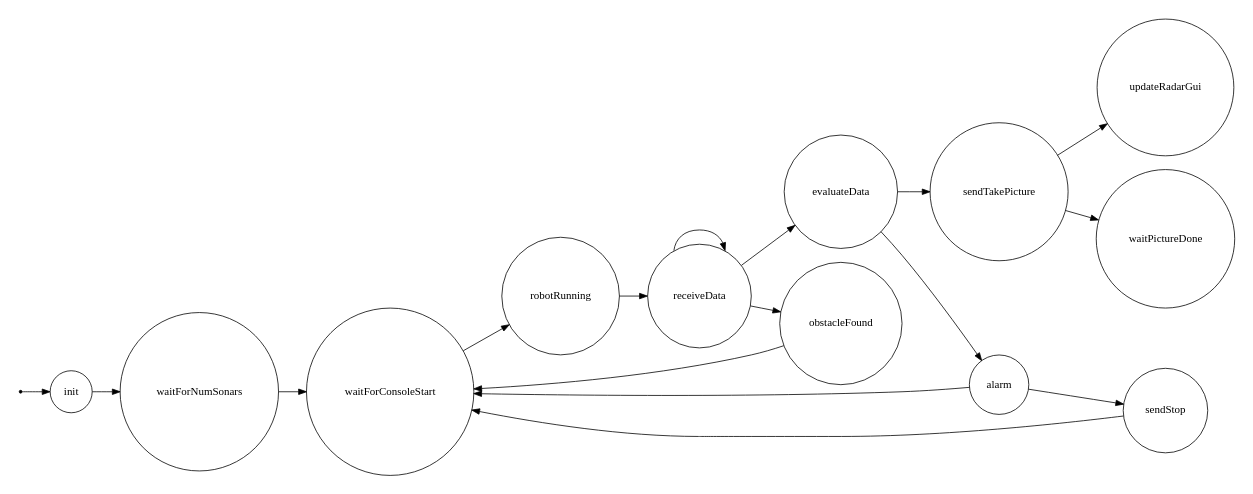
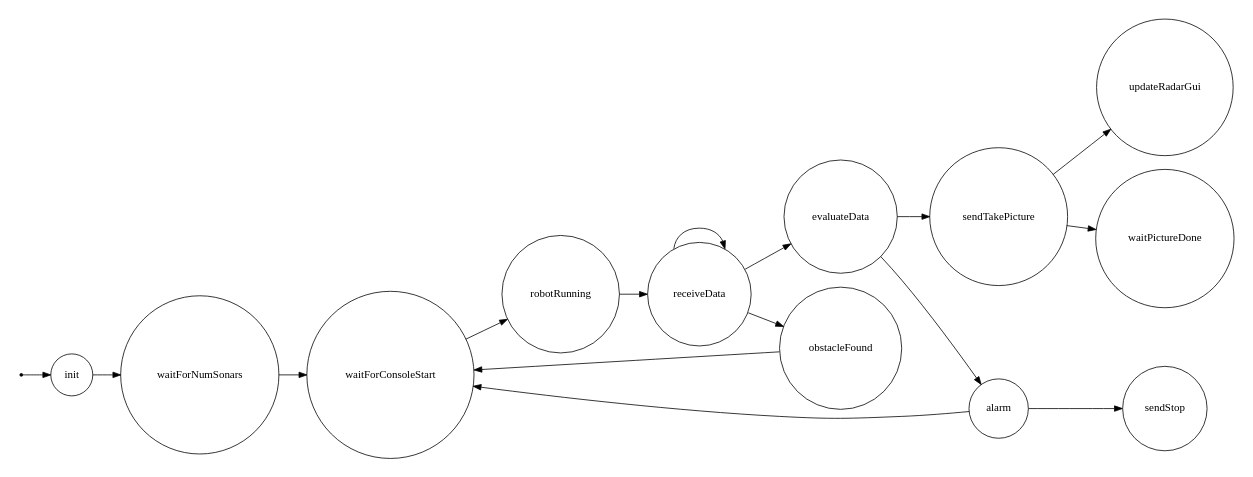
One commit to piercosta/mengoli changed the diagram in srcMore/it/unibo/logic_controller/dotFsm.gv. Above: the diagram before and after it, drawn with Graphviz. The commit also changed 6 other files, not shown here.

```diff
--- a/srcMore/it/unibo/logic_controller/dotFsm.gv
+++ b/srcMore/it/unibo/logic_controller/dotFsm.gv
@@ -1,43 +1,41 @@
 /*
 *
 * A GraphViz DOT FSM description 
 * Please use a GraphViz visualizer (like http://www.webgraphviz.com)
 * 
 * Generated by AM,NC,RM
 *  
 */
  
 digraph finite_state_machine {
   	rankdir=LR;
   	size="8,5"
   	node [shape = point]; iniziale;
   	node [shape = doublecircle]; 
   	node [shape = circle];
   	iniziale -> init [label = ""];
   	
   	
   	init -> waitForNumSonars [ label = ""];
   	
   	waitForNumSonars -> waitForConsoleStart [ label = ""];
   	
   	waitForConsoleStart -> robotRunning [ label = ""];
   	
   	robotRunning -> receiveData [ label = ""];
   	
   	receiveData -> obstacleFound [ label = ""];
   	receiveData -> evaluateData [ label = ""];
   	receiveData -> receiveData [ label = ""];
   	
   	evaluateData -> sendTakePicture [ label = ""];
   	evaluateData -> alarm [ label = ""];
   	
   	alarm -> sendStop [ label = ""];
   	alarm -> waitForConsoleStart [ label = ""];
   	
   	obstacleFound -> waitForConsoleStart [ label = ""];
   	
-  	sendStop -> waitForConsoleStart [ label = ""];
-  	
   	sendTakePicture -> updateRadarGui [ label = ""];
   	sendTakePicture -> waitPictureDone [ label = ""];
 }
```
